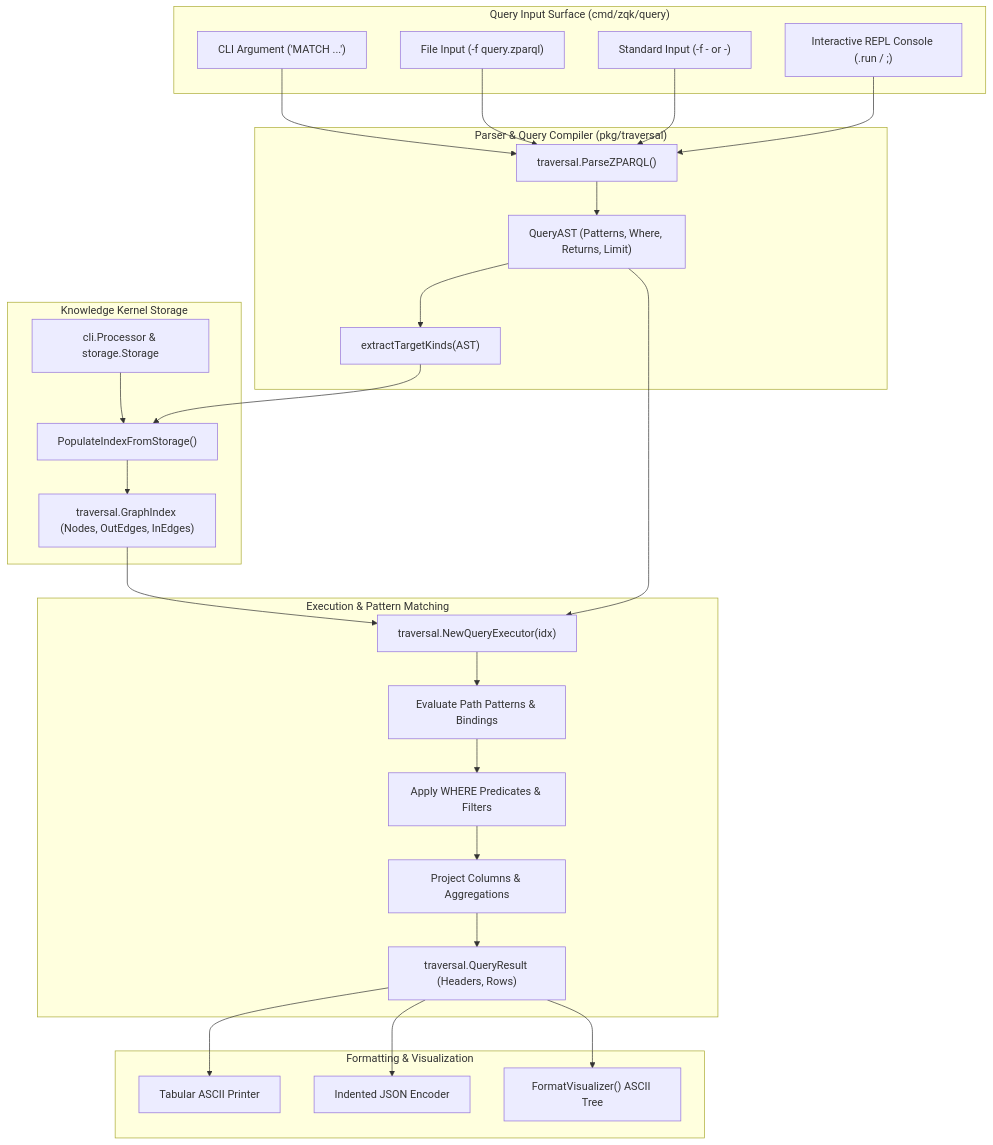
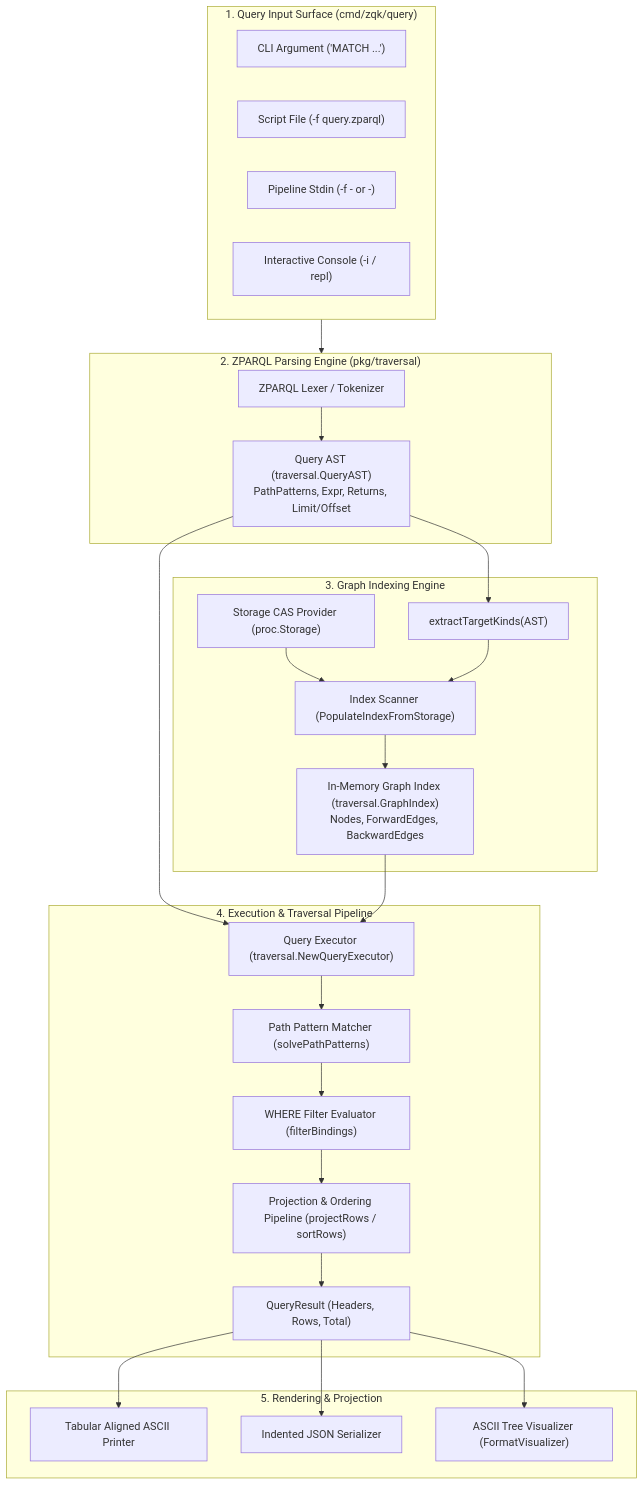
One commit to zqk-os/zqk changed the diagram in docs/guides/CLI_QUERY_SUBSYSTEM_GUIDE.md. Above: the diagram before and after it, drawn with Mermaid. The commit also changed other lines of this file and 2 other files, not shown here.

First line of the commit message:
feat(query): elevate test coverage to >=85% and author subsystem guide (Cycle 138)

````diff
--- a/docs/guides/CLI_QUERY_SUBSYSTEM_GUIDE.md
+++ b/docs/guides/CLI_QUERY_SUBSYSTEM_GUIDE.md
@@ -21,54 +47,49 @@
 ```mermaid
 flowchart TD
-    subgraph INTAKE ["Query Input Surface (cmd/zqk/query)"]
-        IN_CLI["CLI Argument ('MATCH ...')"]
-        IN_FILE["File Input (-f query.zparql)"]
-        IN_STDIN["Standard Input (-f - or -)"]
-        IN_REPL["Interactive REPL Console (.run / ;)"]
+    subgraph Input["1. Query Input Surface (cmd/zqk/query)"]
+        Arg["CLI Argument ('MATCH ...')"]
+        File["Script File (-f query.zparql)"]
+        Stdin["Pipeline Stdin (-f - or -)"]
+        REPL["Interactive Console (-i / repl)"]
     end
 
-    subgraph ENGINE ["Parser & Query Compiler (pkg/traversal)"]
-        PARSER["traversal.ParseZPARQL()"]
-        AST["QueryAST (Patterns, Where, Returns, Limit)"]
-        KINDS["extractTargetKinds(AST)"]
+    subgraph Parser["2. ZPARQL Parsing Engine (pkg/traversal)"]
+        Lexer["ZPARQL Lexer / Tokenizer"]
+        AST["Query AST (traversal.QueryAST)<br/>PathPatterns, Expr, Returns, Limit/Offset"]
+        Lexer --> AST
     end
 
-    subgraph STORAGE ["Knowledge Kernel Storage"]
-        PROC["cli.Processor & storage.Storage"]
-        LOAD["PopulateIndexFromStorage()"]
-        INDEX["traversal.GraphIndex (Nodes, OutEdges, InEdges)"]
+    subgraph StorageIndex["3. Graph Indexing Engine"]
+        Storage["Storage CAS Provider (proc.Storage)"]
+        Populator["Index Scanner (PopulateIndexFromStorage)"]
+        TargetKinds["extractTargetKinds(AST)"]
+        GraphIndex["In-Memory Graph Index (traversal.GraphIndex)<br/>Nodes, ForwardEdges, BackwardEdges"]
+        Storage --> Populator
+        TargetKinds --> Populator
+        Populator --> GraphIndex
     end
 
-    subgraph EXECUTION ["Execution & Pattern Matching"]
-        EXEC["traversal.NewQueryExecutor(idx)"]
-        MATCH["Evaluate Path Patterns & Bindings"]
-        FILTER["Apply WHERE Predicates & Filters"]
-        PROJECT["Project Columns & Aggregations"]
-        RESULT["traversal.QueryResult (Headers, Rows)"]
+    subgraph Executor["4. Execution & Traversal Pipeline"]
+        QueryExec["Query Executor (traversal.NewQueryExecutor)"]
+        PathSolver["Path Pattern Matcher (solvePathPatterns)"]
+        FilterEngine["WHERE Filter Evaluator (filterBindings)"]
+        Projector["Projection & Ordering Pipeline (projectRows / sortRows)"]
+        AST --> QueryExec
+        GraphIndex --> QueryExec
+        QueryExec --> PathSolver --> FilterEngine --> Projector
+        Results["QueryResult (Headers, Rows, Total)"]
+        Projector --> Results
     end
 
-    subgraph PRESENTATION ["Formatting & Visualization"]
-        FMT_TABLE["Tabular ASCII Printer"]
-        FMT_JSON["Indented JSON Encoder"]
-        FMT_VIS["FormatVisualizer() ASCII Tree"]
+    subgraph Output["5. Rendering & Projection"]
+        TableOut["Tabular Aligned ASCII Printer"]
+        JSONOut["Indented JSON Serializer"]
+        VisOut["ASCII Tree Visualizer (FormatVisualizer)"]
+        Results --> TableOut
+        Results --> JSONOut
+        Results --> VisOut
     end
 
-    IN_CLI --> PARSER
-    IN_FILE --> PARSER
-    IN_STDIN --> PARSER
-    IN_REPL --> PARSER
-
-    PARSER --> AST
-    AST --> KINDS
-    KINDS --> LOAD
-    PROC --> LOAD
-    LOAD --> INDEX
-
-    INDEX --> EXEC
-    AST --> EXEC
-    EXEC --> MATCH --> FILTER --> PROJECT --> RESULT
-
-    RESULT --> FMT_TABLE
-    RESULT --> FMT_JSON
-    RESULT --> FMT_VIS
+    Input --> Parser
+    AST --> TargetKinds
 ```
````
